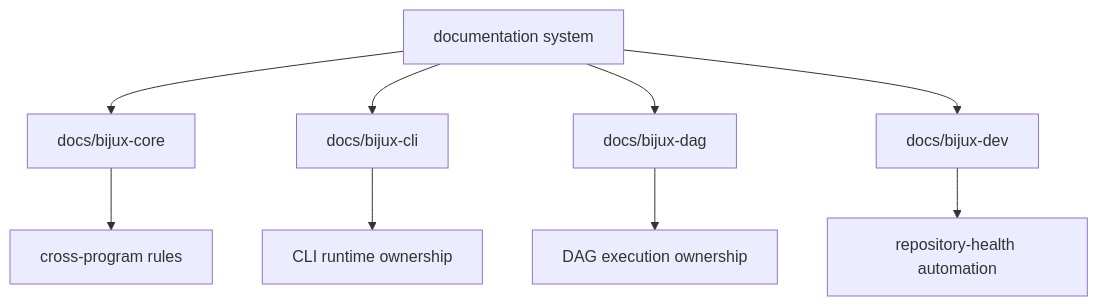
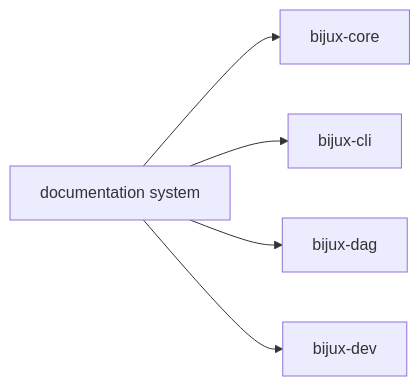
Before and after one commit to bijux/bijux-cli: the diagram in docs/bijux-core/foundation/documentation-system.md, drawn with Mermaid. The commit also changed other lines of this file, not shown here.

Commit message:
docs(core-foundation): clarify the documentation system

````diff
--- a/docs/bijux-core/foundation/documentation-system.md
+++ b/docs/bijux-core/foundation/documentation-system.md
@@ -15,13 +21,7 @@
 ```mermaid
-flowchart TD
-    site[documentation system]
-    site --> core[docs/bijux-core]
-    site --> cli[docs/bijux-cli]
-    site --> dag[docs/bijux-dag]
-    site --> dev[docs/bijux-dev]
-
-    core --> rules[cross-program rules]
-    cli --> runtime[CLI runtime ownership]
-    dag --> execution[DAG execution ownership]
-    dev --> health[repository-health automation]
+flowchart LR
+    site["documentation system"] --> core["bijux-core"]
+    site --> cli["bijux-cli"]
+    site --> dag["bijux-dag"]
+    site --> dev["bijux-dev"]
 ```
````
